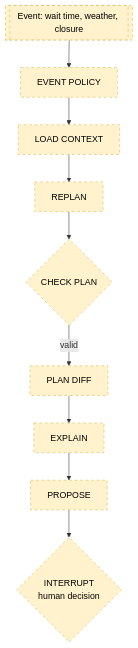
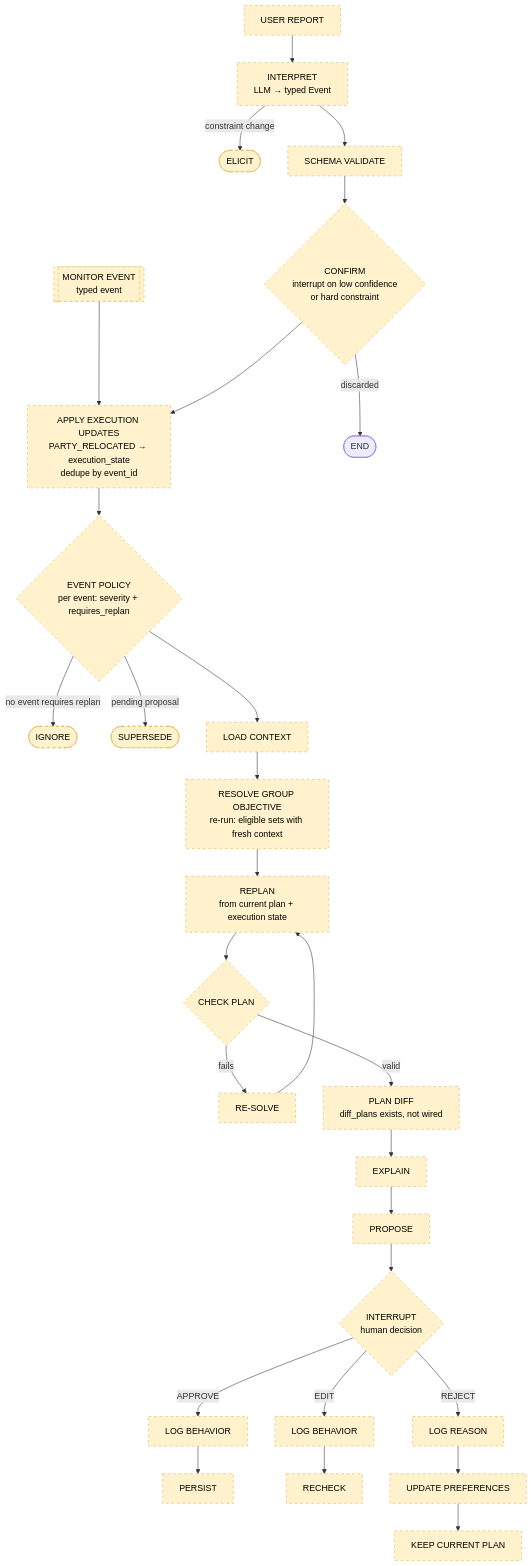
The second of 2 diagrams in docs/diagrams/agent-flow.md (andrea0727/parkmind-agentic-ai), drawn with Mermaid before and after one commit. The commit also changed other lines of this file and 3 other files, not shown here.

````diff
--- a/docs/diagrams/agent-flow.md
+++ b/docs/diagrams/agent-flow.md
@@ -59,13 +61,28 @@
 ```mermaid
 flowchart TD
-  EV[["Event: wait time, weather, closure"]]:::target --> EP["EVENT POLICY"]:::target
+  MON[["MONITOR EVENT<br/>typed event"]]:::target --> AP
+  UR["USER REPORT"]:::target --> IT["INTERPRET<br/>LLM → typed Event"]:::target
+  IT -- constraint change --> EL([ELICIT]):::target
+  IT --> SV["SCHEMA VALIDATE"]:::target
+  SV --> CF{"CONFIRM<br/>interrupt on low confidence<br/>or hard constraint"}:::target
+  CF -- discarded --> Z([END])
+  CF --> AP["APPLY EXECUTION UPDATES<br/>PARTY_RELOCATED → execution_state<br/>dedupe by event_id"]:::target
+  AP --> EP{"EVENT POLICY<br/>per event: severity + requires_replan"}:::target
+  EP -- no event requires replan --> IG([IGNORE]):::target
+  EP -- pending proposal --> SS([SUPERSEDE]):::target
   EP --> LC["LOAD CONTEXT"]:::target
-  LC --> RP["REPLAN"]:::target
+  LC --> RG["RESOLVE GROUP OBJECTIVE<br/>re-run: eligible sets with fresh context"]:::target
+  RG --> RP["REPLAN<br/>from current plan + execution state"]:::target
   RP --> CP{"CHECK PLAN"}:::target
-  CP -- valid --> PD["PLAN DIFF"]:::target
+  CP -- fails --> RS["RE-SOLVE"]:::target
+  RS --> RP
+  CP -- valid --> PD["PLAN DIFF<br/>diff_plans exists, not wired"]:::target
   PD --> EX["EXPLAIN"]:::target
   EX --> PR["PROPOSE"]:::target
   PR --> IN{"INTERRUPT<br/>human decision"}:::target
+  IN -- APPROVE --> LB1["LOG BEHAVIOR"]:::target --> PS["PERSIST"]:::target
+  IN -- EDIT --> LB2["LOG BEHAVIOR"]:::target --> RC["RECHECK"]:::target
+  IN -- REJECT --> LR["LOG REASON"]:::target --> UP["UPDATE PREFERENCES"]:::target --> KP["KEEP CURRENT PLAN"]:::target
 
   classDef target fill:#fff2cc,stroke:#d6b656,stroke-dasharray:5 5,color:#000
 ```
````
